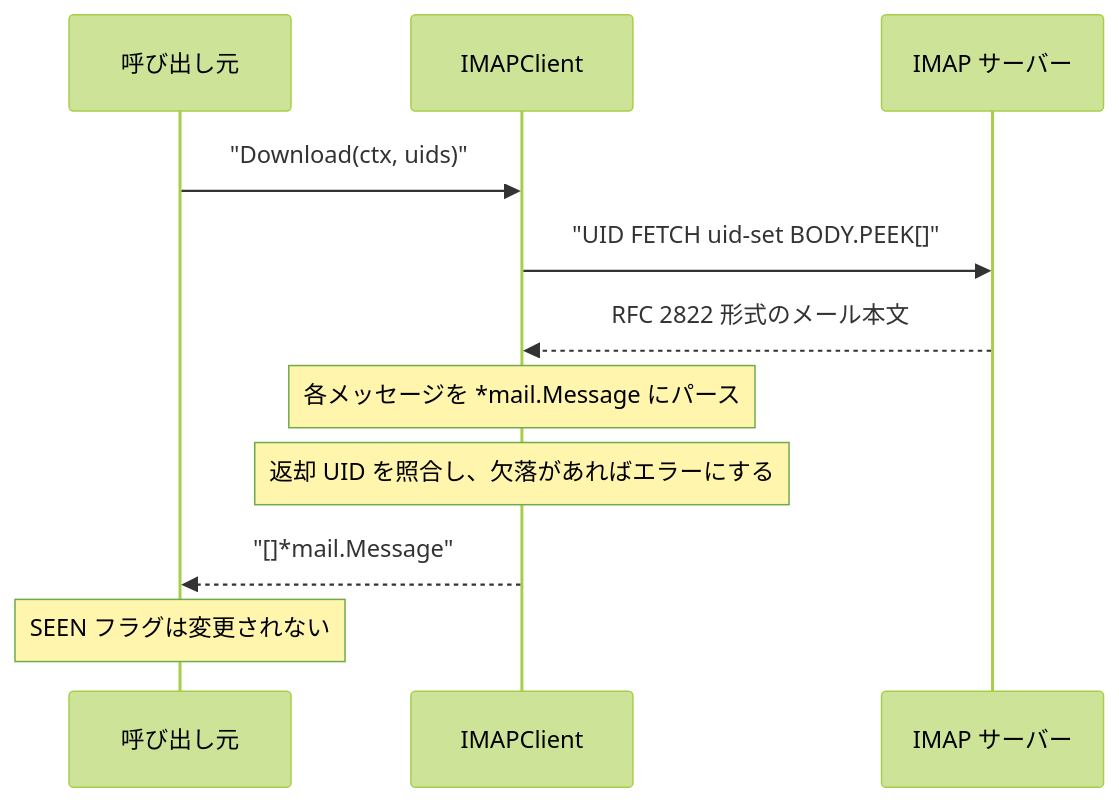
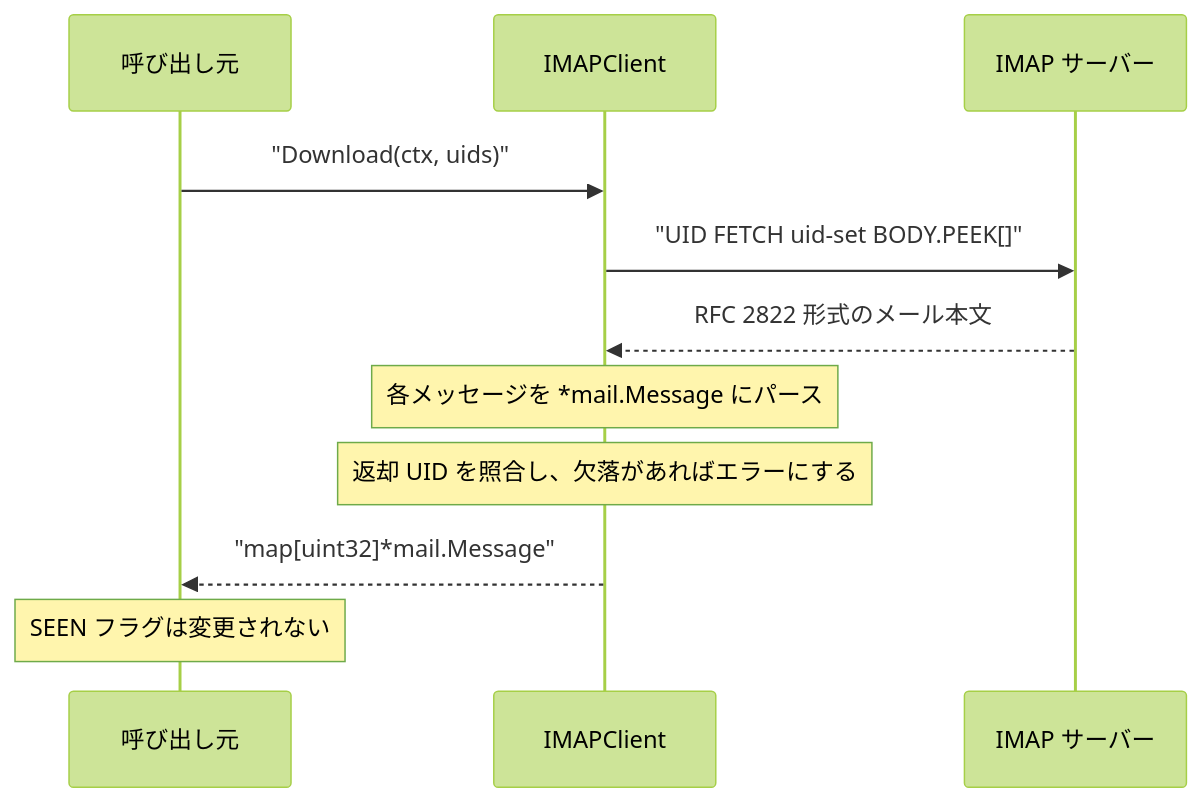
One commit to isseis/tlsrpt-digest changed the sixth of 7 diagrams in docs/tasks/0010_imap/02_architecture.md. Above: the diagram before and after it, drawn with Mermaid (forest theme). The commit also changed other lines of this file, not shown here.

First line of the commit message:
docs(0010): address review comments on architecture doc

````diff
--- a/docs/tasks/0010_imap/02_architecture.md
+++ b/docs/tasks/0010_imap/02_architecture.md
@@ -143,16 +143,16 @@
 ```mermaid
 sequenceDiagram
     participant caller as 呼び出し元
     participant c as IMAPClient
     participant srv as IMAP サーバー
 
     caller->>c: "Download(ctx, uids)"
     c->>srv: "UID FETCH uid-set BODY.PEEK[]"
     srv-->>c: RFC 2822 形式のメール本文
 
     Note over c: 各メッセージを *mail.Message にパース
     Note over c: 返却 UID を照合し、欠落があればエラーにする
 
-    c-->>caller: "[]*mail.Message"
+    c-->>caller: "map[uint32]*mail.Message"
     Note over caller: SEEN フラグは変更されない
 ```
````
